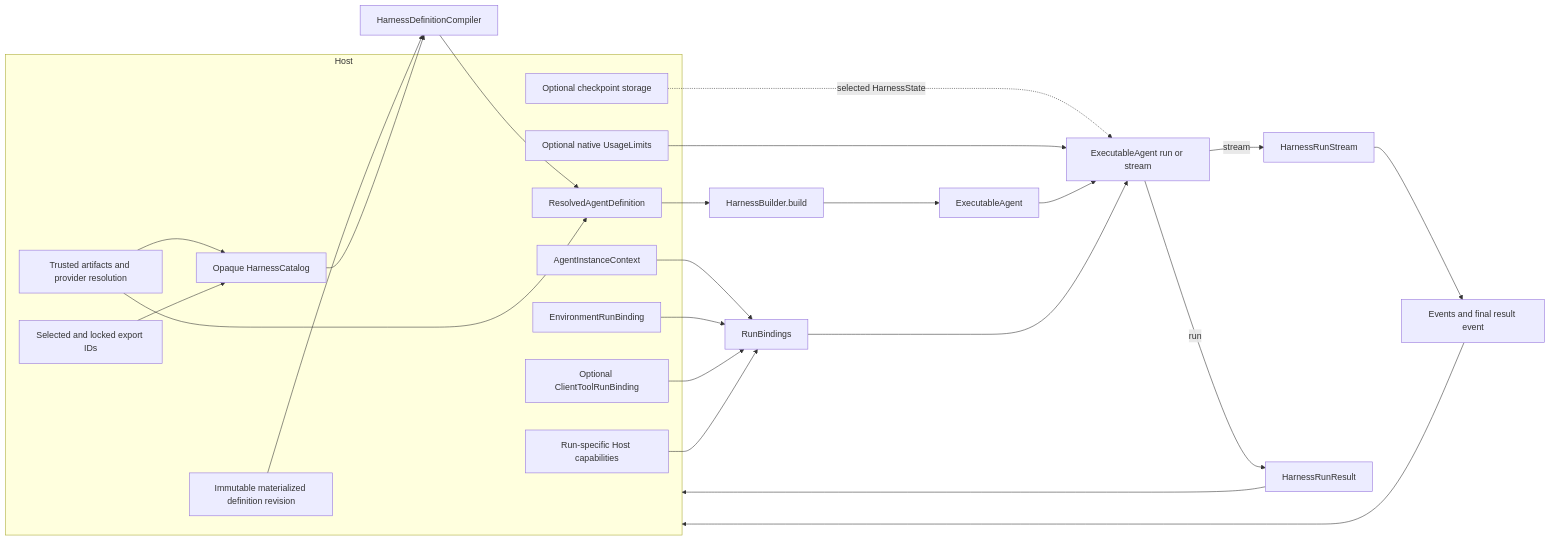
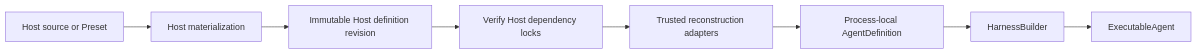
The first of 2 diagrams in spec/agent-harness/13-hosting-contract.md (LTThreeComma/agent-foundation), drawn with Mermaid before and after one commit. The commit also changed other lines of this file and 31 other files, not shown here.

````diff
--- a/spec/agent-harness/13-hosting-contract.md
+++ b/spec/agent-harness/13-hosting-contract.md
@@ -29,30 +24,10 @@
 ```mermaid
 flowchart LR
-    subgraph Host
-        REV[Immutable materialized definition revision]
-        PLUG[Trusted artifacts and provider resolution]
-        EXPORTS[Selected and locked export IDs]
-        CATALOG[Opaque HarnessCatalog]
-        PLAN[ResolvedAgentDefinition]
-        ID[AgentInstanceContext]
-        ENV[EnvironmentRunBinding]
-        CLIENT[Optional ClientToolRunBinding]
-        STORE[Optional checkpoint storage]
-        RUN_CAP[Run-specific Host capabilities]
-        LIMITS[Optional native UsageLimits]
-    end
-
-    PLUG & EXPORTS --> CATALOG
-    REV & CATALOG --> COMPILE[HarnessDefinitionCompiler]
-    COMPILE & PLUG --> PLAN --> BUILD[HarnessBuilder.build]
-    BUILD --> EXEC[ExecutableAgent]
-    ID & ENV & CLIENT --> RB[RunBindings]
-    RUN_CAP --> RB
-    STORE -. selected HarnessState .-> CALL[ExecutableAgent run or stream]
-    LIMITS --> CALL
-    EXEC & RB --> CALL
-    CALL -->|stream| STREAM[HarnessRunStream]
-    CALL -->|run| RESULT[HarnessRunResult]
-    STREAM --> OUT[Events and final result event]
-    OUT & RESULT --> Host
+    Source[Host source or Preset] --> Materialize[Host materialization]
+    Materialize --> Revision[Immutable Host definition revision]
+    Revision --> Verify[Verify Host dependency locks]
+    Verify --> Adapters[Trusted reconstruction adapters]
+    Adapters --> Definition[Process-local AgentDefinition]
+    Definition --> Builder[HarnessBuilder]
+    Builder --> Executable[ExecutableAgent]
 ```
````
